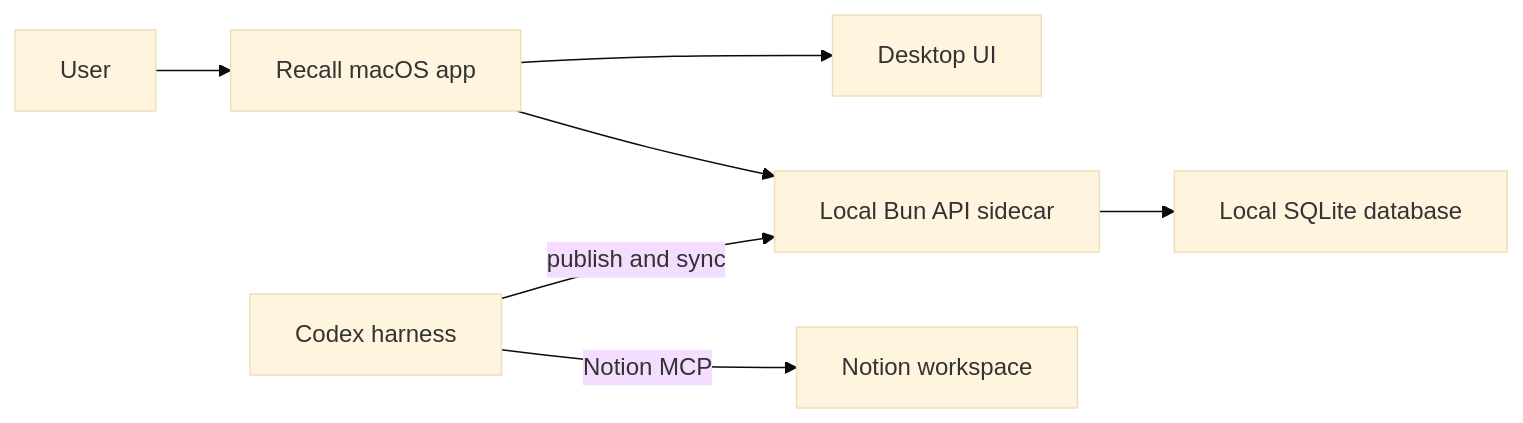
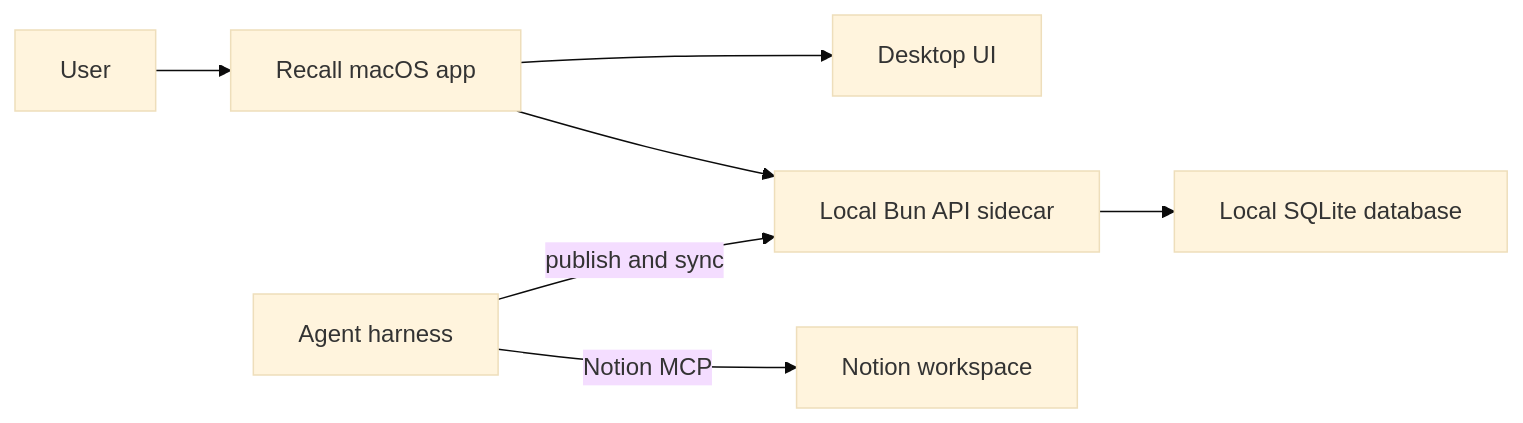
One commit to decimozs/recall changed the diagram in README.md. Above: the diagram before and after it, drawn with Mermaid (base theme). The commit also changed other lines of this file and 1 other file, not shown here.

````diff
--- a/README.md
+++ b/README.md
@@ -88,9 +101,9 @@
 ```mermaid
 flowchart LR
   User[User] --> Desktop[Recall macOS app]
   Desktop --> UI[Desktop UI]
   Desktop --> API[Local Bun API sidecar]
   API --> SQLite[Local SQLite database]
-  Codex[Codex harness] -->|Notion MCP| Notion[Notion workspace]
-  Codex -->|publish and sync| API
+  Agent[Agent harness] -->|Notion MCP| Notion[Notion workspace]
+  Agent -->|publish and sync| API
 ```
````
